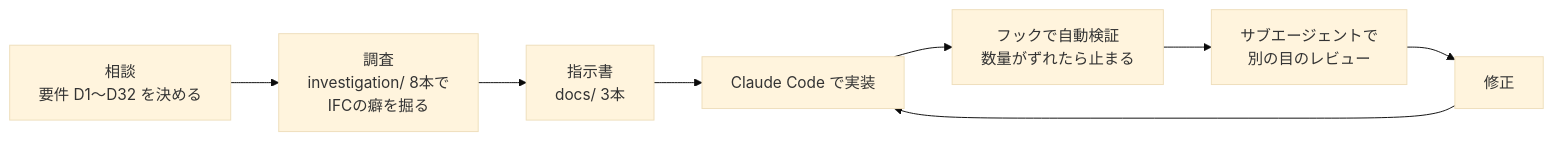
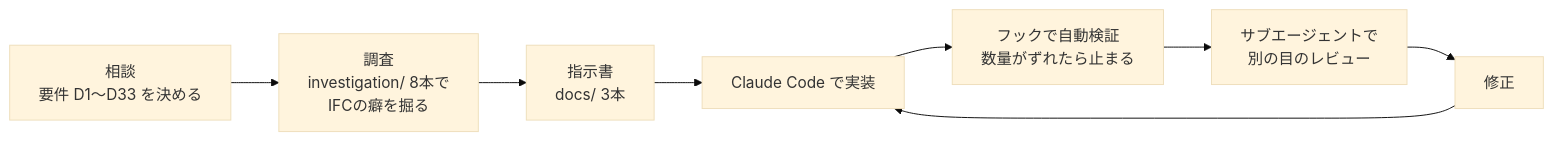
The diagram in README.md (vcr-talon/Claude_Hackathon_2026), drawn with Mermaid (base theme) before and after one commit. The commit also changed other lines of this file, not shown here.

````diff
--- a/README.md
+++ b/README.md
@@ -118,10 +121,10 @@
 ```mermaid
 flowchart LR
-  A[相談<br>要件 D1〜D32 を決める] --> B[調査<br>investigation/ 8本で<br>IFCの癖を掘る]
+  A[相談<br>要件 D1〜D33 を決める] --> B[調査<br>investigation/ 8本で<br>IFCの癖を掘る]
   B --> C[指示書<br>docs/ 3本]
   C --> D[Claude Code で実装]
   D --> E[フックで自動検証<br>数量がずれたら止まる]
   E --> F[サブエージェントで<br>別の目のレビュー]
   F --> G[修正]
   G --> D
 ```
````
